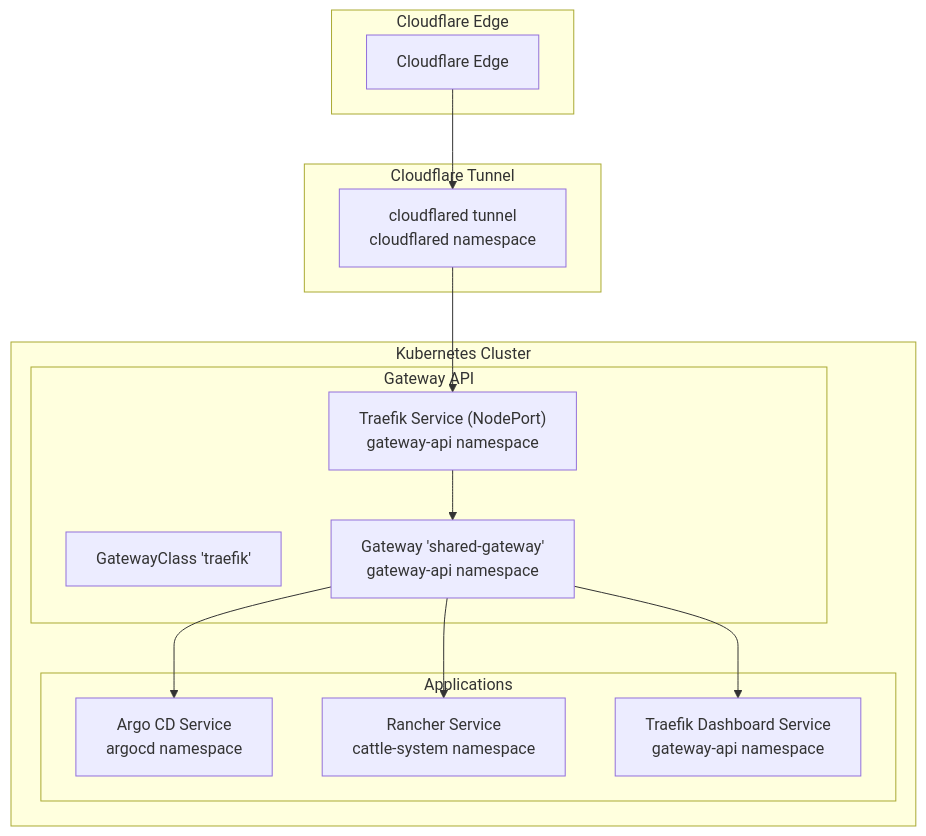
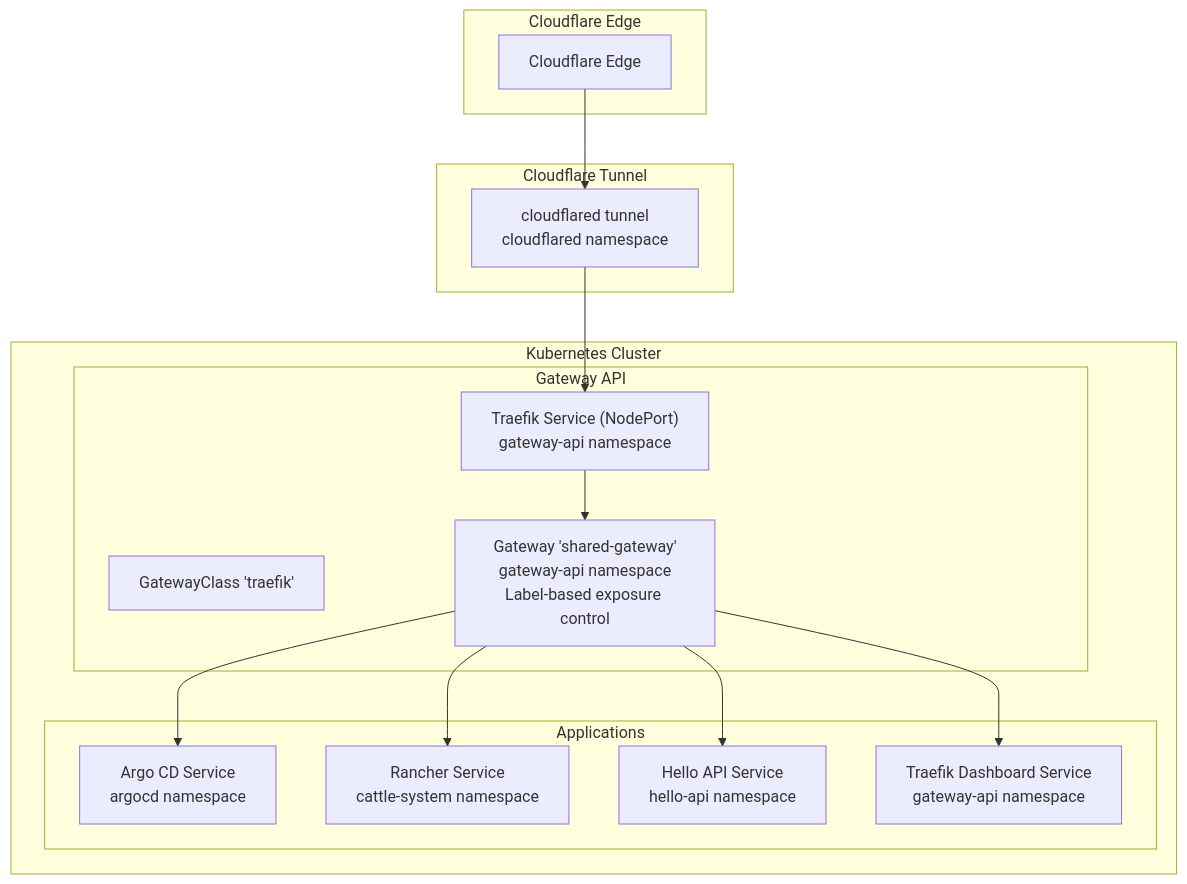
One commit to Hoangvu75/k8s_manifest changed the first of 3 diagrams in .qoder/repowiki/en/content/Architecture and Design/Network Flow and Ingress Architecture.md. Above: the diagram before and after it, drawn with Mermaid. The commit also changed other lines of this file and 5 other files, not shown here.

````diff
--- a/.qoder/repowiki/en/content/Architecture and Design/Network Flow and Ingress Architecture.md
+++ b/.qoder/repowiki/en/content/Architecture and Design/Network Flow and Ingress Architecture.md
@@ -39,27 +52,29 @@
 ```mermaid
 graph TB
 subgraph "Cloudflare Edge"
 CF["Cloudflare Edge"]
 end
 subgraph "Cloudflare Tunnel"
 CF_TUNNEL["cloudflared tunnel<br/>cloudflared namespace"]
 end
 subgraph "Kubernetes Cluster"
 subgraph "Gateway API"
 GWCLASS["GatewayClass 'traefik'"]
-GATEWAY["Gateway 'shared-gateway'<br/>gateway-api namespace"]
+GATEWAY["Gateway 'shared-gateway'<br/>gateway-api namespace<br/>Label-based exposure control"]
 TRAEFIK_SVC["Traefik Service (NodePort)<br/>gateway-api namespace"]
 end
 subgraph "Applications"
 ARGOCD["Argo CD Service<br/>argocd namespace"]
 RANCHER["Rancher Service<br/>cattle-system namespace"]
+HELLOAPI["Hello API Service<br/>hello-api namespace"]
 DASHBOARD["Traefik Dashboard Service<br/>gateway-api namespace"]
 end
 end
 CF --> CF_TUNNEL
 CF_TUNNEL --> TRAEFIK_SVC
 TRAEFIK_SVC --> GATEWAY
 GATEWAY --> ARGOCD
 GATEWAY --> RANCHER
+GATEWAY --> HELLOAPI
 GATEWAY --> DASHBOARD
 ```
````
